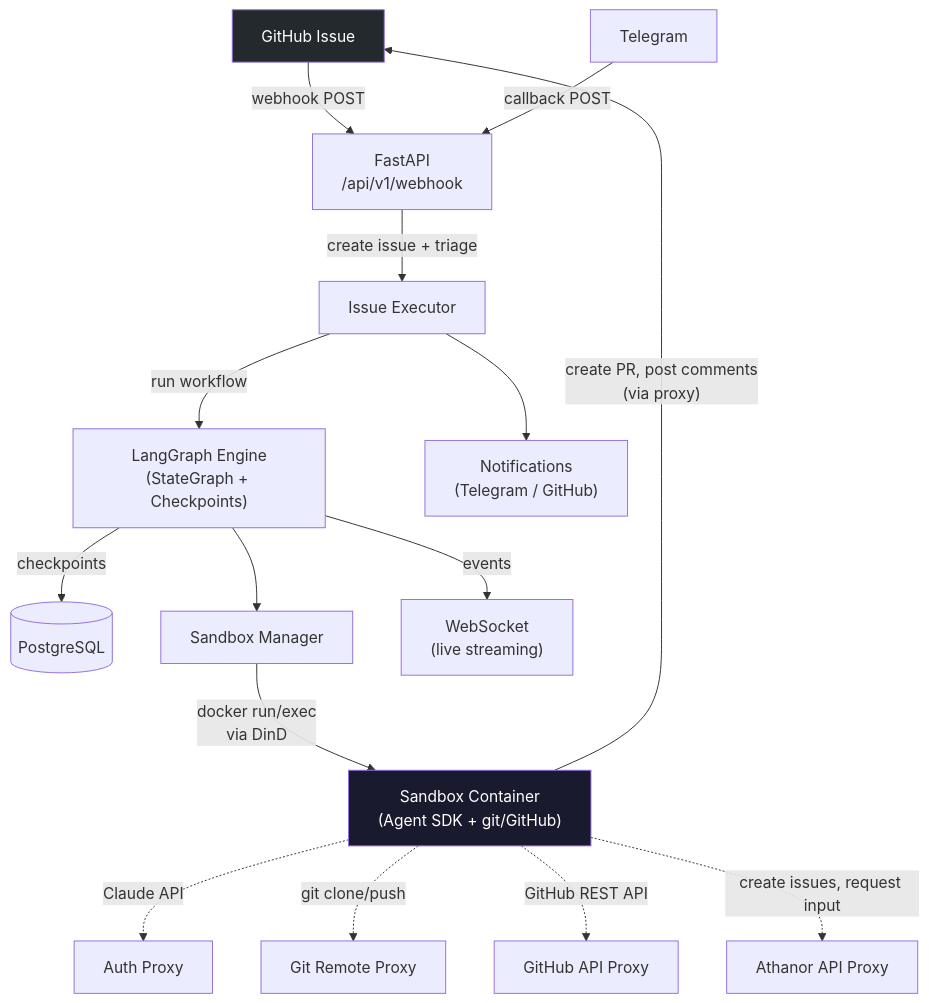
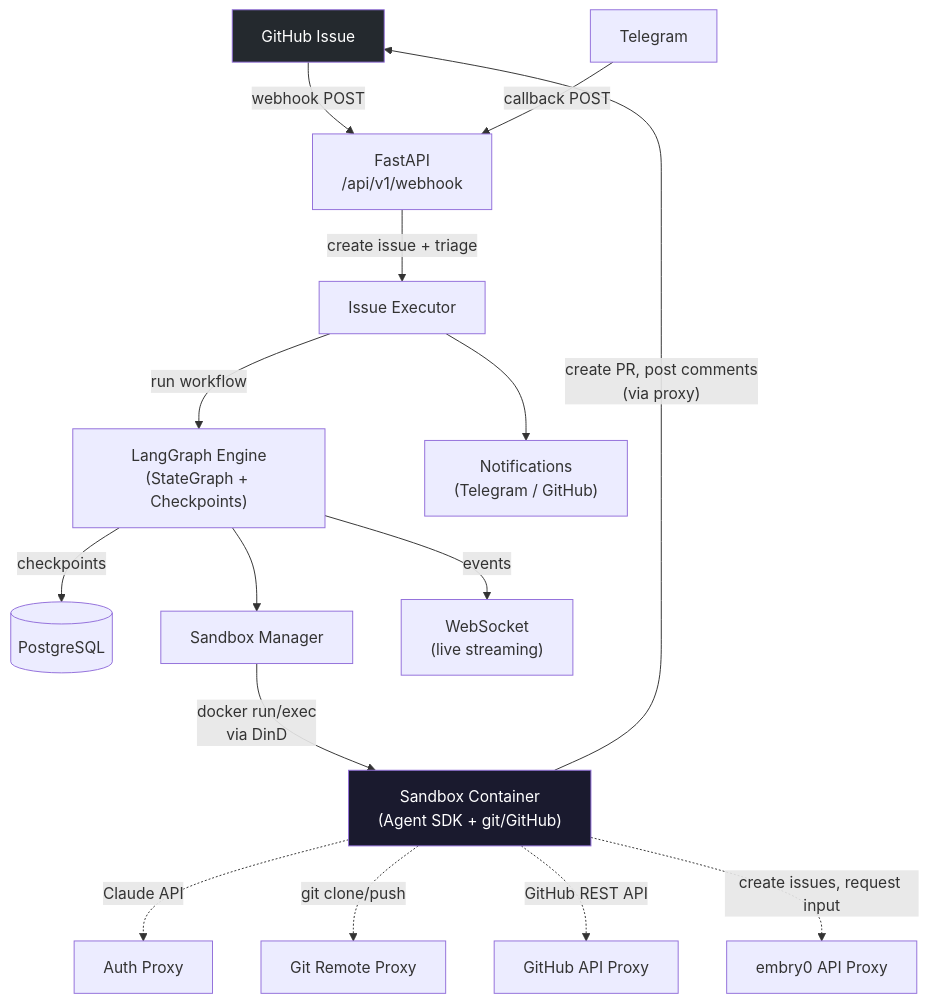
The first of 11 diagrams in docs/architecture.md (sudoTomas/embry0), drawn with Mermaid before and after one commit. The commit also changed other lines of this file and 8 other files, not shown here.

````diff
--- a/docs/architecture.md
+++ b/docs/architecture.md
@@ -11,23 +11,23 @@
 ```mermaid
 graph TB
     GH["GitHub Issue"] -->|webhook POST| API["FastAPI<br/>/api/v1/webhook"]
     TG["Telegram"] -->|callback POST| API
     API -->|create issue + triage| EX["Issue Executor"]
     EX -->|"run workflow"| LG["LangGraph Engine<br/>(StateGraph + Checkpoints)"]
     LG -->|checkpoints| PG[("PostgreSQL")]
 
     LG --> SM["Sandbox Manager"]
     SM -->|"docker run/exec<br/>via DinD"| SB["Sandbox Container<br/>(Agent SDK + git/GitHub)"]
     SB -.->|"Claude API"| AP["Auth Proxy"]
     SB -.->|"git clone/push"| GP["Git Remote Proxy"]
     SB -.->|"GitHub REST API"| GHP["GitHub API Proxy"]
-    SB -.->|"create issues, request input"| LP["Athanor API Proxy"]
+    SB -.->|"create issues, request input"| LP["embry0 API Proxy"]
 
     SB -->|"create PR, post comments<br/>(via proxy)"| GH
 
     LG -->|events| WS["WebSocket<br/>(live streaming)"]
     EX --> NT["Notifications<br/>(Telegram / GitHub)"]
 
     style GH fill:#24292e,color:#fff
     style SB fill:#1a1a2e,color:#fff
 ```
````
